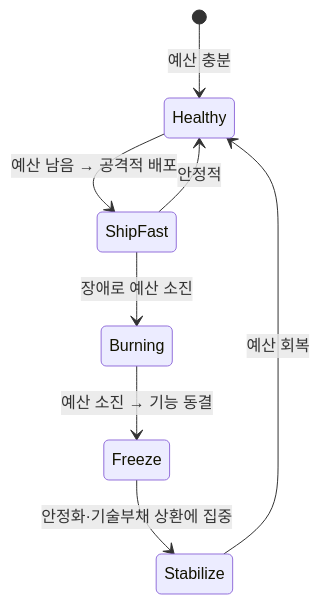
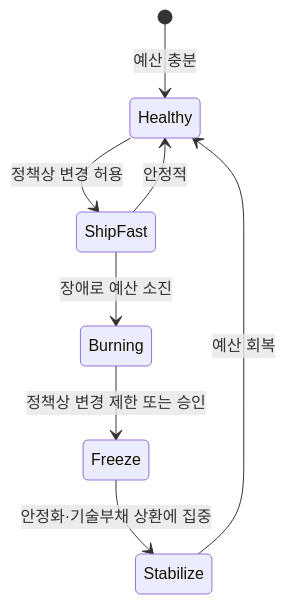
The second of 4 diagrams in apps/api/src/main/resources/content/infra-06-sre-incident.md (hyeongseoblim/systemdesign), drawn with Mermaid before and after one commit. The commit also changed other lines of this file and 96 other files, not shown here.

````diff
--- a/apps/api/src/main/resources/content/infra-06-sre-incident.md
+++ b/apps/api/src/main/resources/content/infra-06-sre-incident.md
@@ -56,10 +56,10 @@
 ```mermaid
 stateDiagram-v2
     [*] --> Healthy : 예산 충분
-    Healthy --> ShipFast : 예산 남음 → 공격적 배포
+    Healthy --> ShipFast : 정책상 변경 허용
     ShipFast --> Healthy : 안정적
     ShipFast --> Burning : 장애로 예산 소진
-    Burning --> Freeze : 예산 소진 → 기능 동결
+    Burning --> Freeze : 정책상 변경 제한 또는 승인
     Freeze --> Stabilize : 안정화·기술부채 상환에 집중
     Stabilize --> Healthy : 예산 회복
 ```
````
